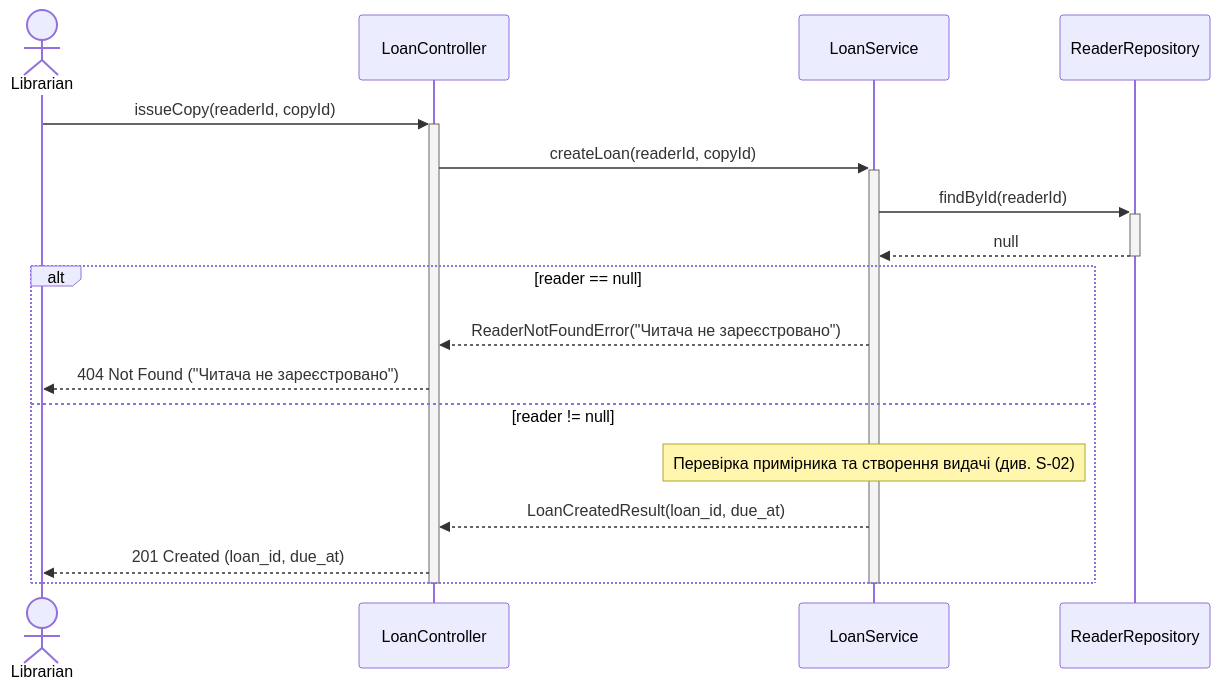
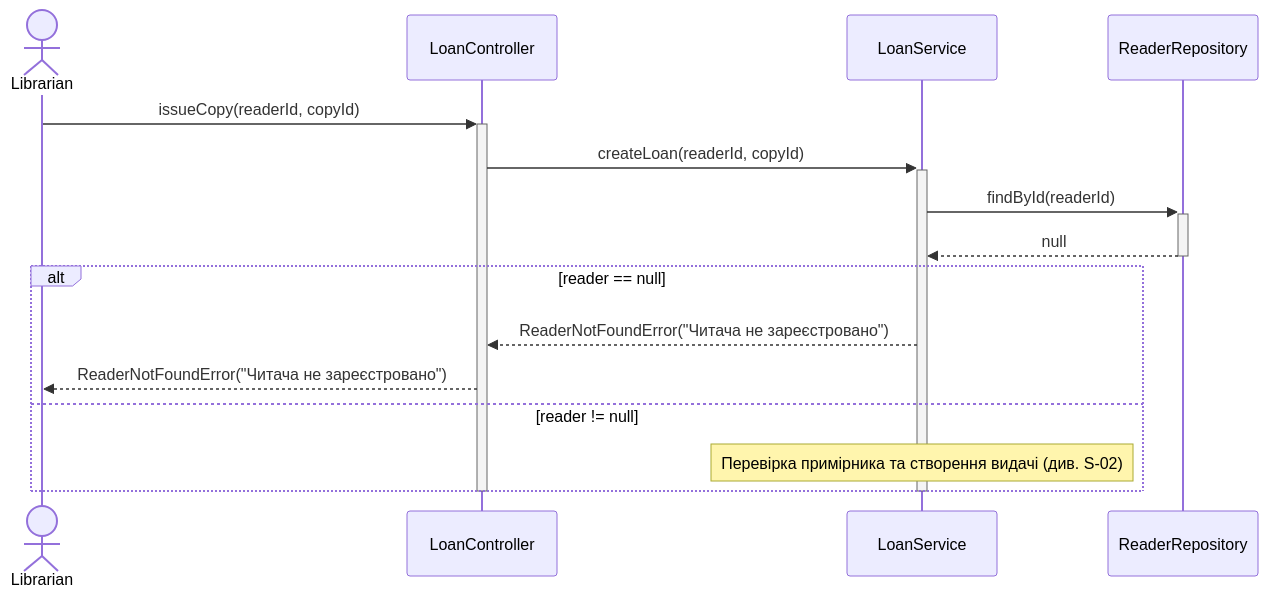
One commit to UsenkoAnastasiya/kpi-second changed the third of 3 diagrams in lab3/docs/sequences.md. Above: the diagram before and after it, drawn with Mermaid. The commit also changed other lines of this file and 1 other file, not shown here.

Commit message:
feat: add criterion 10 and use domain results with transaction note in sequences

````diff
--- a/lab3/docs/sequences.md
+++ b/lab3/docs/sequences.md
@@ -72,25 +74,23 @@
 ```mermaid
 sequenceDiagram
     actor Librarian
     participant LoanController
     participant LoanService
     participant ReaderRepository
 
     Librarian->>+LoanController: issueCopy(readerId, copyId)
     LoanController->>+LoanService: createLoan(readerId, copyId)
 
     LoanService->>+ReaderRepository: findById(readerId)
     ReaderRepository-->>-LoanService: null
 
     alt reader == null
         LoanService-->>LoanController: ReaderNotFoundError("Читача не зареєстровано")
-        LoanController-->>Librarian: 404 Not Found ("Читача не зареєстровано")
+        LoanController-->>Librarian: ReaderNotFoundError("Читача не зареєстровано")
     else reader != null
         Note over LoanService: Перевірка примірника та створення видачі (див. S-02)
-        LoanService-->>LoanController: LoanCreatedResult(loan_id, due_at)
-        LoanController-->>Librarian: 201 Created (loan_id, due_at)
     end
 
     deactivate LoanService
     deactivate LoanController
 ```
````
